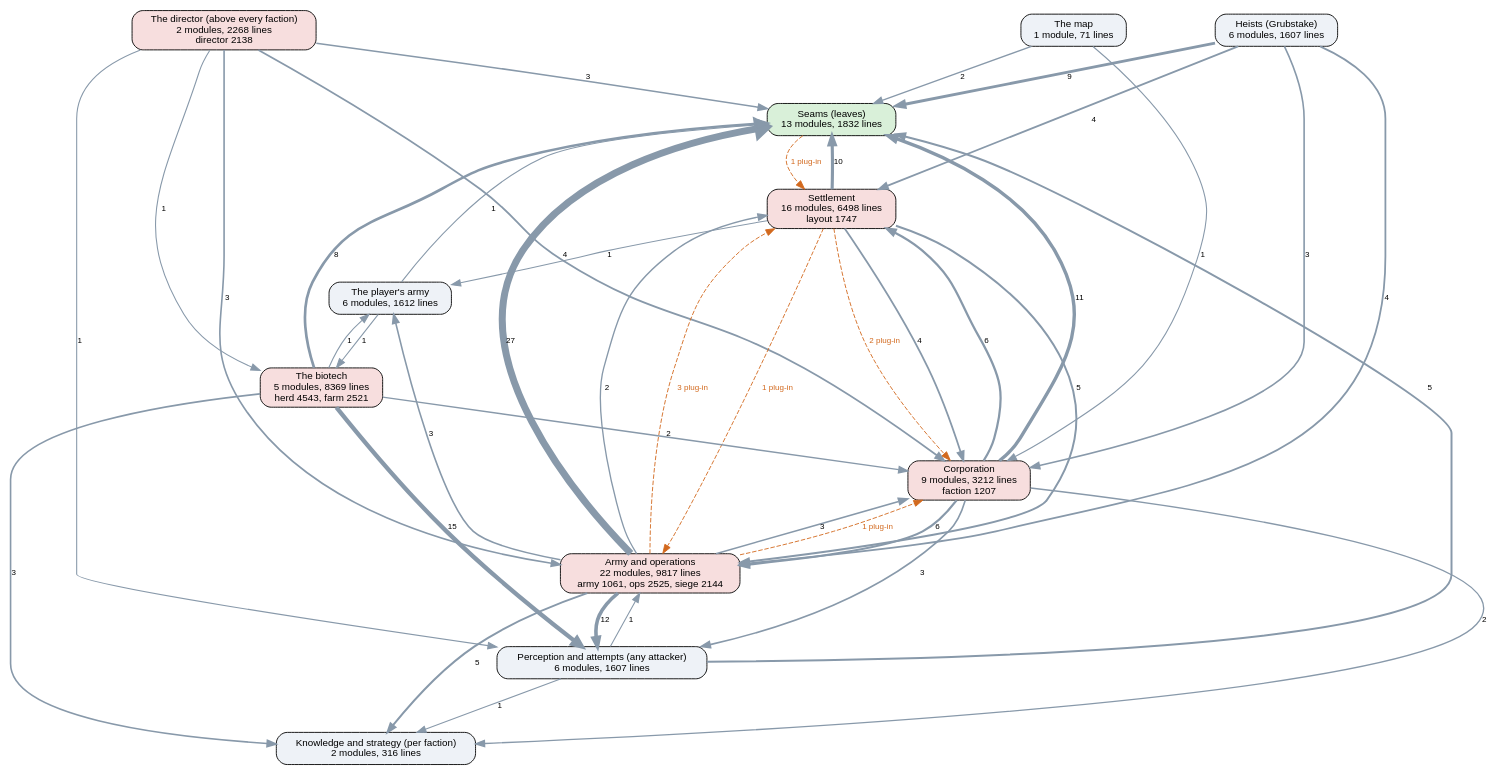
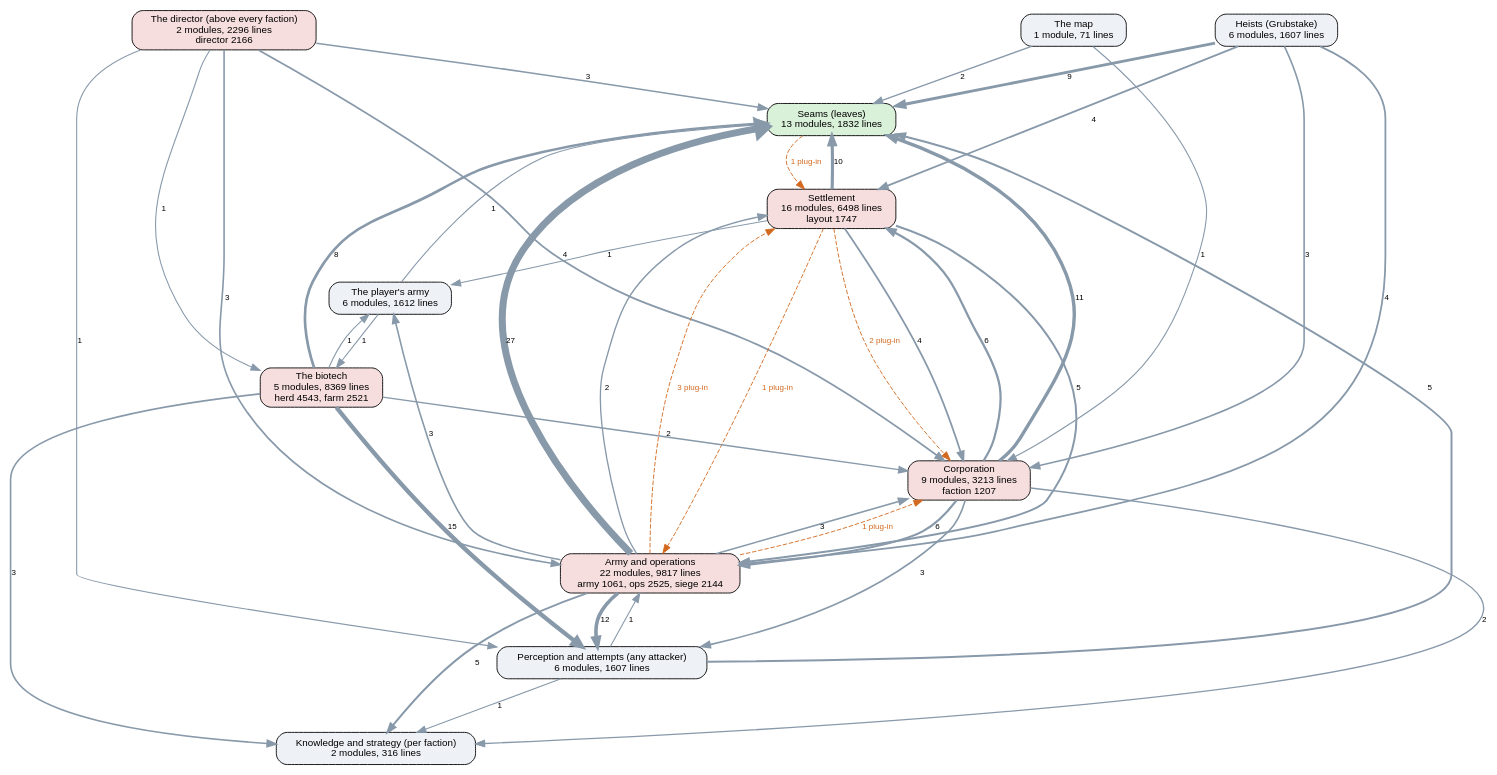
One commit to kinelhu/landing-party changed the diagram in docs/ai-layers.dot. Above: the diagram before and after it, drawn with Graphviz. The commit also changed 11 other files, not shown here.

```diff
--- a/docs/ai-layers.dot
+++ b/docs/ai-layers.dot
@@ -1,57 +1,57 @@
 digraph layers {
   graph [rankdir=TB, fontname="Helvetica", nodesep=0.5, ranksep=0.7];
   node [shape=box, style="rounded,filled", fontname="Helvetica", fontsize=11, fillcolor="#eef2f7"];
   edge [color="#8899aa", fontname="Helvetica", fontsize=9];
   "Seams (leaves)" [label="Seams (leaves)\n13 modules, 1832 lines", fillcolor="#d9f0d9"];
   "Perception and attempts (any attacker)" [label="Perception and attempts (any attacker)\n6 modules, 1607 lines", fillcolor="#eef2f7"];
   "Knowledge and strategy (per faction)" [label="Knowledge and strategy (per faction)\n2 modules, 316 lines", fillcolor="#eef2f7"];
-  "The director (above every faction)" [label="The director (above every faction)\n2 modules, 2268 lines\ndirector 2138", fillcolor="#f7dede"];
-  "Corporation" [label="Corporation\n9 modules, 3212 lines\nfaction 1207", fillcolor="#f7dede"];
+  "The director (above every faction)" [label="The director (above every faction)\n2 modules, 2296 lines\ndirector 2166", fillcolor="#f7dede"];
+  "Corporation" [label="Corporation\n9 modules, 3213 lines\nfaction 1207", fillcolor="#f7dede"];
   "Settlement" [label="Settlement\n16 modules, 6498 lines\nlayout 1747", fillcolor="#f7dede"];
   "Army and operations" [label="Army and operations\n22 modules, 9817 lines\narmy 1061, ops 2525, siege 2144", fillcolor="#f7dede"];
   "Heists (Grubstake)" [label="Heists (Grubstake)\n6 modules, 1607 lines", fillcolor="#eef2f7"];
   "The biotech" [label="The biotech\n5 modules, 8369 lines\nherd 4543, farm 2521", fillcolor="#f7dede"];
   "The map" [label="The map\n1 module, 71 lines", fillcolor="#eef2f7"];
   "The player's army" [label="The player's army\n6 modules, 1612 lines", fillcolor="#eef2f7"];
   "Army and operations" -> "Corporation" [label="3", penwidth=1.8];
   "Army and operations" -> "Knowledge and strategy (per faction)" [label="5", penwidth=2.2];
   "Army and operations" -> "Perception and attempts (any attacker)" [label="12", penwidth=4.0];
   "Army and operations" -> "Seams (leaves)" [label="27", penwidth=7.8];
   "Army and operations" -> "Settlement" [label="2", penwidth=1.5];
   "Army and operations" -> "The player's army" [label="3", penwidth=1.8];
   "Corporation" -> "Army and operations" [label="6", penwidth=2.5];
   "Corporation" -> "Knowledge and strategy (per faction)" [label="2", penwidth=1.5];
   "Corporation" -> "Perception and attempts (any attacker)" [label="3", penwidth=1.8];
   "Corporation" -> "Seams (leaves)" [label="11", penwidth=3.8];
   "Corporation" -> "Settlement" [label="6", penwidth=2.5];
   "Heists (Grubstake)" -> "Army and operations" [label="4", penwidth=2.0];
   "Heists (Grubstake)" -> "Corporation" [label="3", penwidth=1.8];
   "Heists (Grubstake)" -> "Seams (leaves)" [label="9", penwidth=3.2];
   "Heists (Grubstake)" -> "Settlement" [label="4", penwidth=2.0];
   "Perception and attempts (any attacker)" -> "Army and operations" [label="1", penwidth=1.2];
   "Perception and attempts (any attacker)" -> "Knowledge and strategy (per faction)" [label="1", penwidth=1.2];
   "Perception and attempts (any attacker)" -> "Seams (leaves)" [label="5", penwidth=2.2];
   "Settlement" -> "Army and operations" [label="5", penwidth=2.2];
   "Settlement" -> "Corporation" [label="4", penwidth=2.0];
   "Settlement" -> "Seams (leaves)" [label="10", penwidth=3.5];
   "Settlement" -> "The player's army" [label="1", penwidth=1.2];
   "The biotech" -> "Corporation" [label="2", penwidth=1.5];
   "The biotech" -> "Knowledge and strategy (per faction)" [label="3", penwidth=1.8];
   "The biotech" -> "Perception and attempts (any attacker)" [label="15", penwidth=4.8];
   "The biotech" -> "Seams (leaves)" [label="8", penwidth=3.0];
   "The biotech" -> "The player's army" [label="1", penwidth=1.2];
   "The director (above every faction)" -> "Army and operations" [label="3", penwidth=1.8];
   "The director (above every faction)" -> "Corporation" [label="4", penwidth=2.0];
   "The director (above every faction)" -> "Perception and attempts (any attacker)" [label="1", penwidth=1.2];
   "The director (above every faction)" -> "Seams (leaves)" [label="3", penwidth=1.8];
   "The director (above every faction)" -> "The biotech" [label="1", penwidth=1.2];
   "The map" -> "Corporation" [label="1", penwidth=1.2];
   "The map" -> "Seams (leaves)" [label="2", penwidth=1.5];
   "The player's army" -> "Seams (leaves)" [label="1", penwidth=1.2];
   "The player's army" -> "The biotech" [label="1", penwidth=1.2];
   "Army and operations" -> "Corporation" [style=dashed, color="#d2691e", fontcolor="#d2691e", label="1 plug-in"];
   "Army and operations" -> "Settlement" [style=dashed, color="#d2691e", fontcolor="#d2691e", label="3 plug-in"];
   "Seams (leaves)" -> "Settlement" [style=dashed, color="#d2691e", fontcolor="#d2691e", label="1 plug-in"];
   "Settlement" -> "Army and operations" [style=dashed, color="#d2691e", fontcolor="#d2691e", label="1 plug-in"];
   "Settlement" -> "Corporation" [style=dashed, color="#d2691e", fontcolor="#d2691e", label="2 plug-in"];
 }
```
